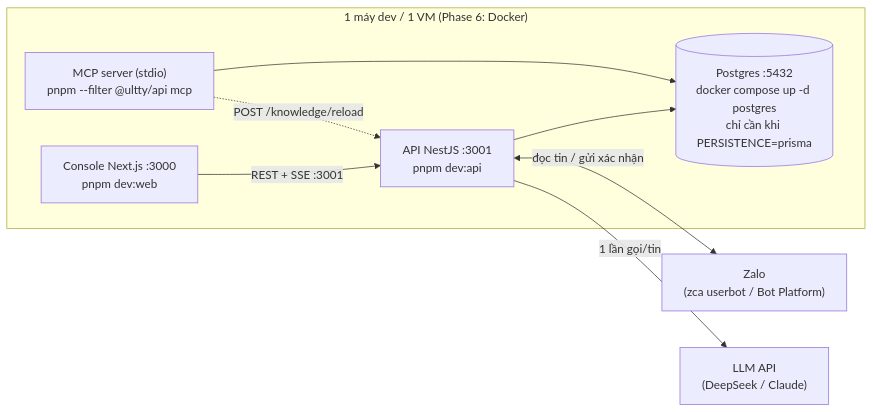
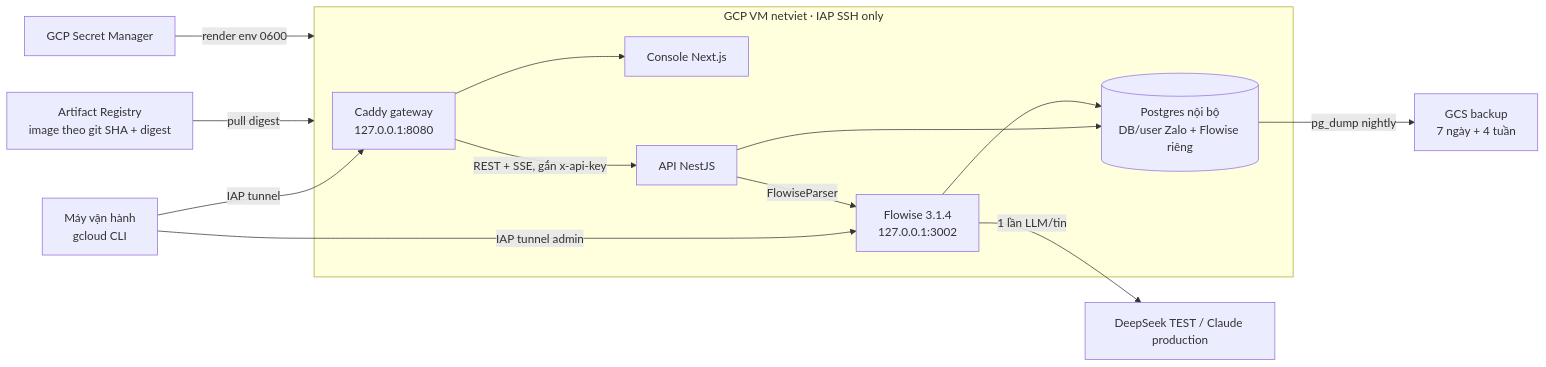
Diagram 11 of 12 in docs/so-do-he-thong.md (phungtienviet14-sketch/nexagnet-platform), drawn with Mermaid before and after one commit. The commit also changed other lines of this file and 43 other files, not shown here.

Commit message:
feat: integrate Flowise parser and GCP pilot stack

````diff
--- a/docs/so-do-he-thong.md
+++ b/docs/so-do-he-thong.md
@@ -435,18 +446,28 @@
 ```mermaid
 flowchart LR
-    subgraph HOST["1 máy dev / 1 VM (Phase 6: Docker)"]
-        APIP["API NestJS :3001<br/>pnpm dev:api"]
-        WEBP["Console Next.js :3000<br/>pnpm dev:web"]
-        MCPP["MCP server (stdio)<br/>pnpm --filter @ultty/api mcp"]
-        PGD[("Postgres :5432<br/>docker compose up -d postgres<br/>chỉ cần khi PERSISTENCE=prisma")]
+    OP["Máy vận hành<br/>gcloud CLI"]
+    SM["GCP Secret Manager"]
+    AR["Artifact Registry<br/>image theo git SHA + digest"]
+    GCS["GCS backup<br/>7 ngày + 4 tuần"]
+    LLM3["DeepSeek TEST / Claude production"]
+
+    subgraph VM["GCP VM netviet · IAP SSH only"]
+        GW["Caddy gateway<br/>127.0.0.1:8080"]
+        WEBP["Console Next.js"]
+        APIP["API NestJS"]
+        FLOWP["Flowise 3.1.4<br/>127.0.0.1:3002"]
+        PGD[("Postgres nội bộ<br/>DB/user Zalo + Flowise riêng")]
     end
-    ZALO2["Zalo<br/>(zca userbot / Bot Platform)"]
-    LLM3["LLM API<br/>(DeepSeek / Claude)"]
 
-    WEBP -->|"REST + SSE :3001"| APIP
-    APIP <-->|"đọc tin / gửi xác nhận"| ZALO2
-    APIP -->|"1 lần gọi/tin"| LLM3
+    OP -->|"IAP tunnel"| GW
+    OP -->|"IAP tunnel admin"| FLOWP
+    AR -->|"pull digest"| VM
+    SM -->|"render env 0600"| VM
+    GW --> WEBP
+    GW -->|"REST + SSE, gắn x-api-key"| APIP
+    APIP -->|"FlowiseParser"| FLOWP
+    FLOWP -->|"1 lần LLM/tin"| LLM3
     APIP --> PGD
-    MCPP --> PGD
-    MCPP -.->|"POST /knowledge/reload"| APIP
+    FLOWP --> PGD
+    PGD -->|"pg_dump nightly"| GCS
 ```
````
